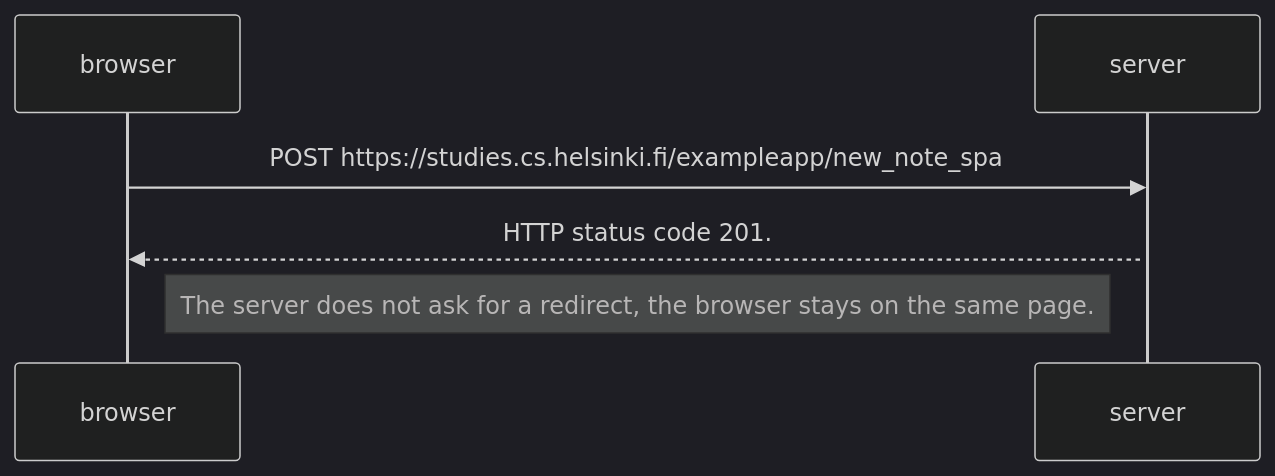
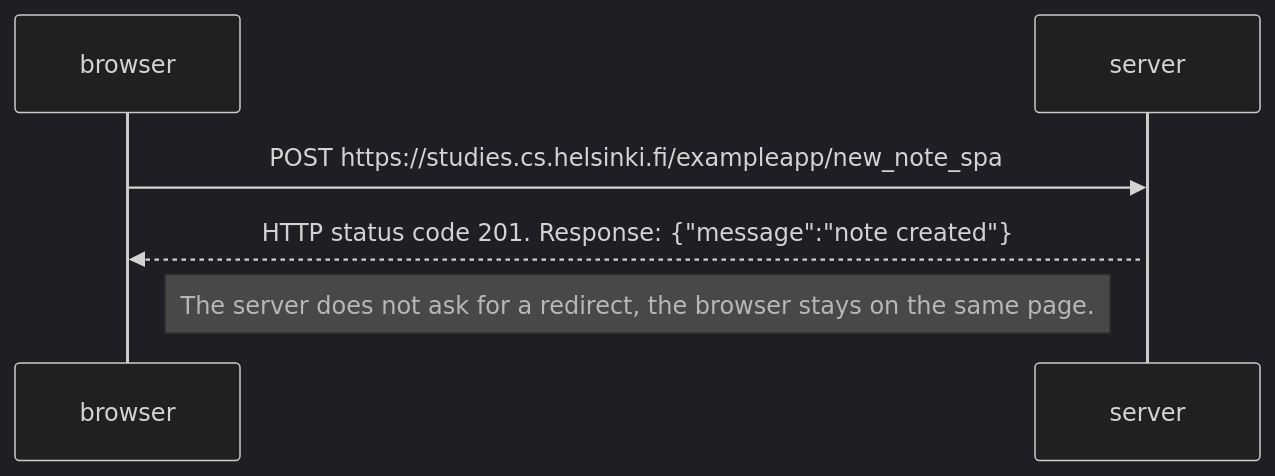
Before and after one commit to WilczynskiMikolaj/fullstackopen: the diagram in part0/part0.6.md, drawn with Mermaid (dark theme).

Commit message:
Part 0.6

````diff
--- a/part0/part0.6.md
+++ b/part0/part0.6.md
@@ -1,10 +1,10 @@
 ```mermaid
 sequenceDiagram
     participant browser
     participant server
 
     browser->>server: POST https://studies.cs.helsinki.fi/exampleapp/new_note_spa
     activate server
-    server-->>browser: HTTP status code 201.
+    server-->>browser: HTTP status code 201. Response: {"message":"note created"}
     Note left of server: The server does not ask for a redirect, the browser stays on the same page.
 ```
````
